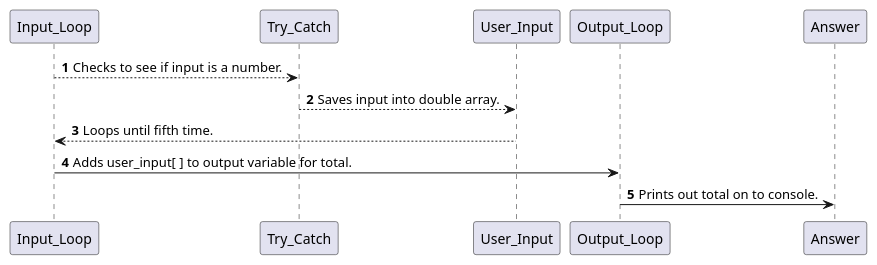
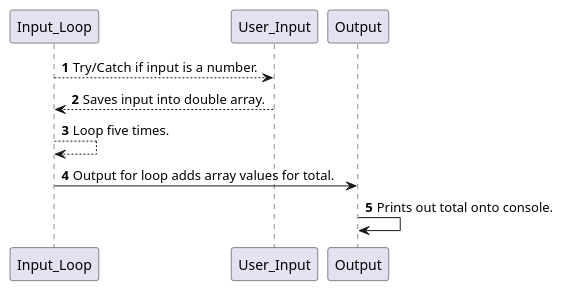
The diagram in src/main/java/ex28/flowchart.puml (reyfundora/fundora-cop3330-assignment2), drawn with PlantUML before and after one commit. The commit also changed 8 other files, not shown here.

```diff
--- a/src/main/java/ex28/flowchart.puml
+++ b/src/main/java/ex28/flowchart.puml
@@ -1,14 +1,14 @@
 @startuml
 'https://plantuml.com/sequence-diagram
 
 autonumber
 
-Input_Loop --> Try_Catch: Checks to see if input is a number.
-Try_Catch --> User_Input: Saves input into double array.
-User_Input --> Input_Loop: Loops until fifth time.
+Input_Loop --> User_Input: Try/Catch if input is a number.
+User_Input --> Input_Loop: Saves input into double array.
+Input_Loop --> Input_Loop: Loop five times.
 
 
-Input_Loop -> Output_Loop: Adds user_input[ ] to output variable for total.
-Output_Loop -> Answer: Prints out total on to console.
+Input_Loop -> Output: Output for loop adds array values for total.
+Output -> Output: Prints out total onto console.
 
 @enduml
```
